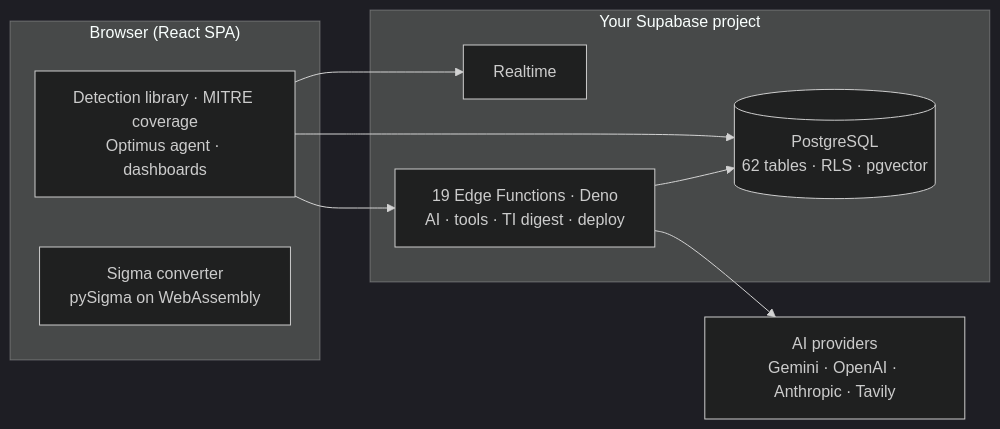
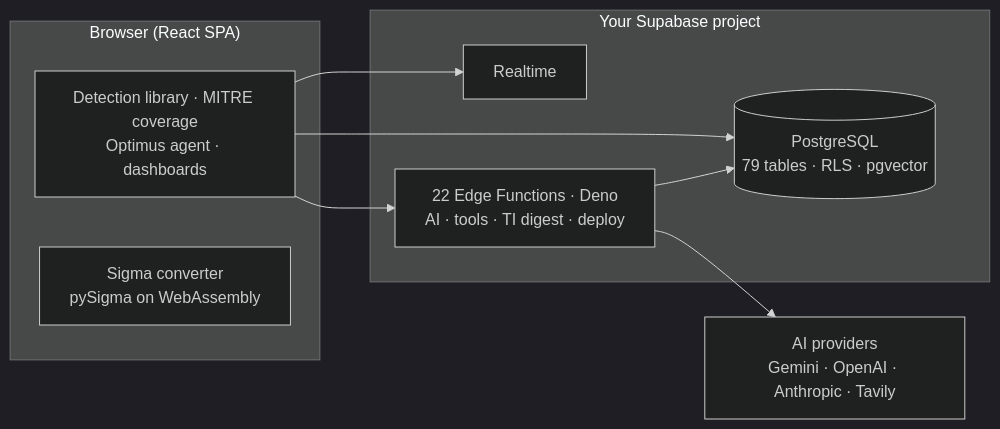
The diagram in README.md (arpanraval/optimus-detection-studio), drawn with Mermaid (dark theme) before and after one commit. The commit also changed other lines of this file and 7 other files, not shown here.

````diff
--- a/README.md
+++ b/README.md
@@ -118,19 +96,19 @@
 ```mermaid
 flowchart LR
     subgraph Browser["Browser (React SPA)"]
         UI["Detection library · MITRE coverage<br/>Optimus agent · dashboards"]
         SG["Sigma converter<br/>pySigma on WebAssembly"]
     end
     subgraph Supabase["Your Supabase project"]
-        DB[("PostgreSQL<br/>62 tables · RLS · pgvector")]
+        DB[("PostgreSQL<br/>79 tables · RLS · pgvector")]
         RT["Realtime"]
-        EF["19 Edge Functions · Deno<br/>AI · tools · TI digest · deploy"]
+        EF["22 Edge Functions · Deno<br/>AI · tools · TI digest · deploy"]
     end
     AI["AI providers<br/>Gemini · OpenAI · Anthropic · Tavily"]
 
     UI --> DB
     UI --> RT
     UI --> EF
     EF --> DB
     EF --> AI
 ```
````
